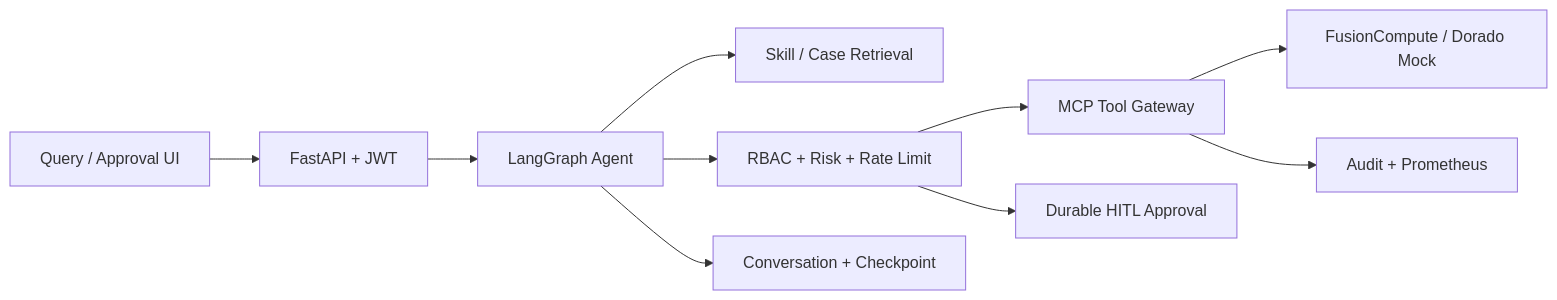
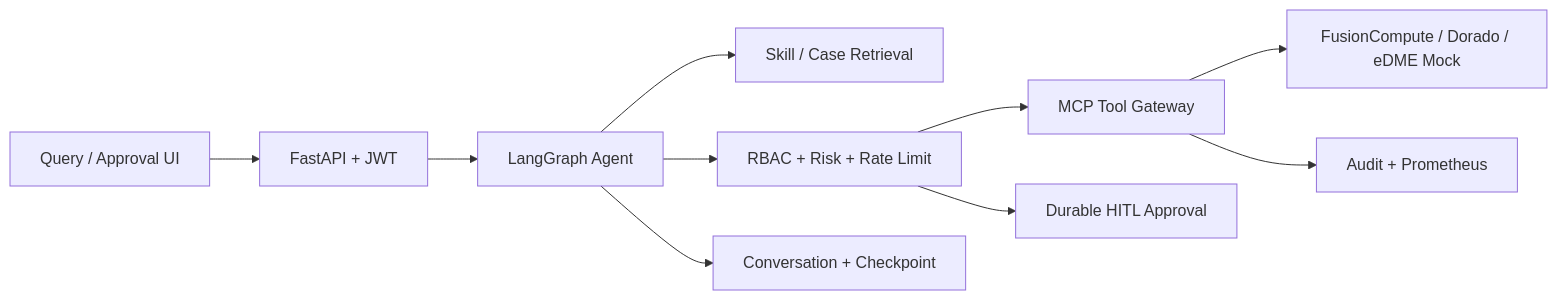
The diagram in README.md (heavenhell/clawsphere), drawn with Mermaid before and after one commit. The commit also changed 12 other files, not shown here.

````diff
--- a/README.md
+++ b/README.md
@@ -7,12 +7,12 @@
 ```mermaid
 flowchart LR
     UI[Query / Approval UI] --> API[FastAPI + JWT]
     API --> AGENT[LangGraph Agent]
     AGENT --> RAG[Skill / Case Retrieval]
     AGENT --> GUARD[RBAC + Risk + Rate Limit]
     GUARD --> MCP[MCP Tool Gateway]
     GUARD --> HITL[Durable HITL Approval]
-    MCP --> MOCK[FusionCompute / Dorado Mock]
+    MCP --> MOCK[FusionCompute / Dorado / eDME Mock]
     AGENT --> MEMORY[Conversation + Checkpoint]
     MCP --> AUDIT[Audit + Prometheus]
 ```
````
